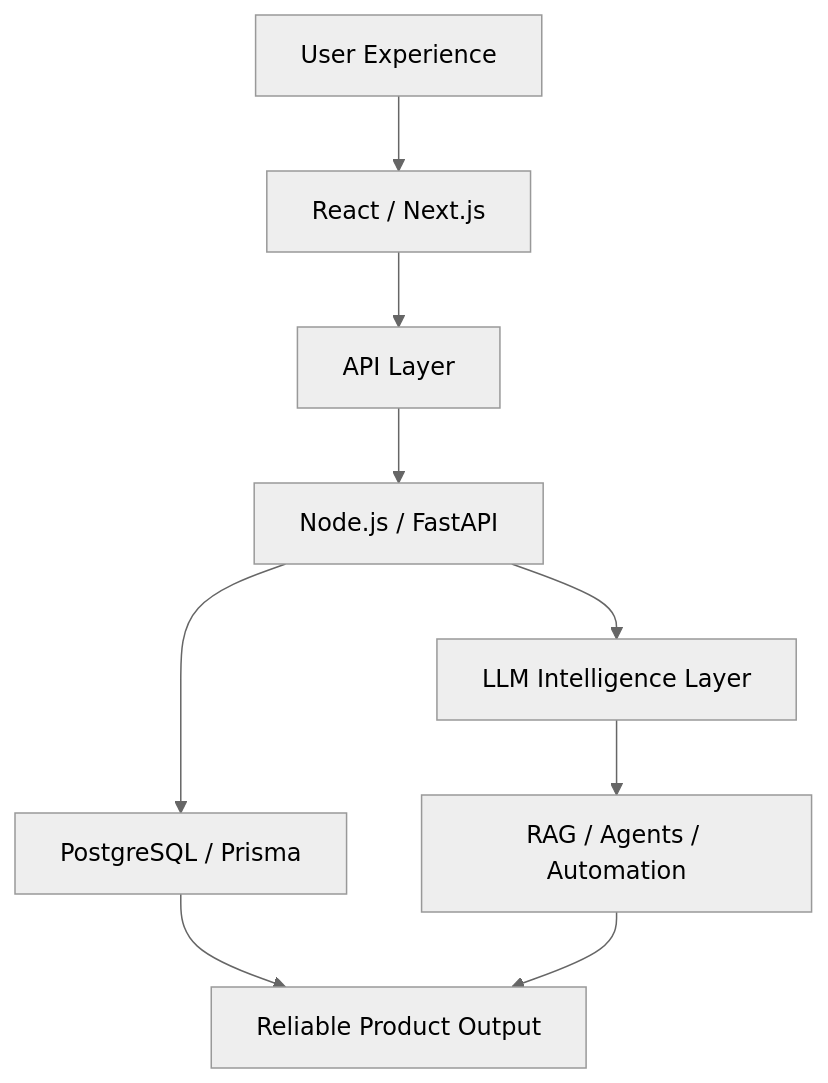
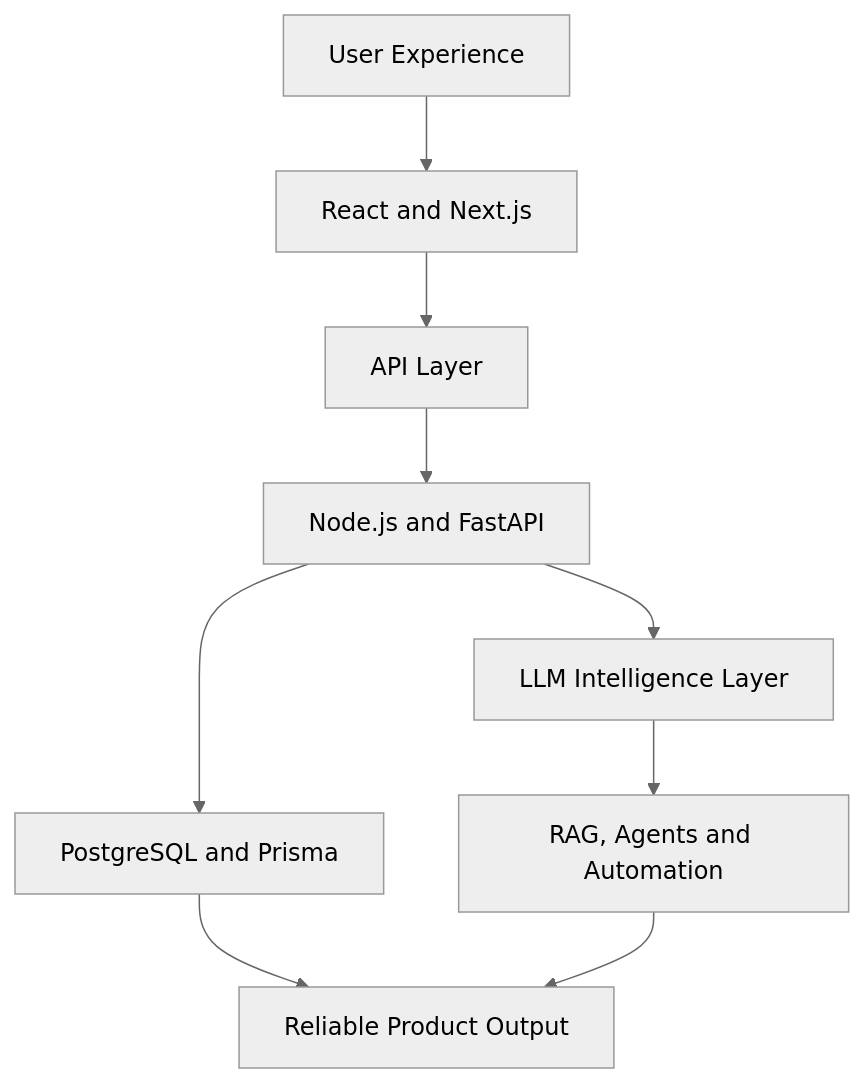
The diagram in README.md (SaiSreekarDevoju/saisreekardevoju), drawn with Mermaid (neutral theme) before and after one commit. The commit also changed other lines of this file, not shown here.

````diff
--- a/README.md
+++ b/README.md
@@ -450,11 +443,11 @@
 ```mermaid
 flowchart TD
-    A["User Experience"] --> B["React / Next.js"]
+    A["User Experience"] --> B["React and Next.js"]
     B --> C["API Layer"]
-    C --> D["Node.js / FastAPI"]
-    D --> E["PostgreSQL / Prisma"]
+    C --> D["Node.js and FastAPI"]
+    D --> E["PostgreSQL and Prisma"]
     D --> F["LLM Intelligence Layer"]
-    F --> G["RAG / Agents / Automation"]
+    F --> G["RAG, Agents and Automation"]
     E --> H["Reliable Product Output"]
     G --> H
 ```
````
